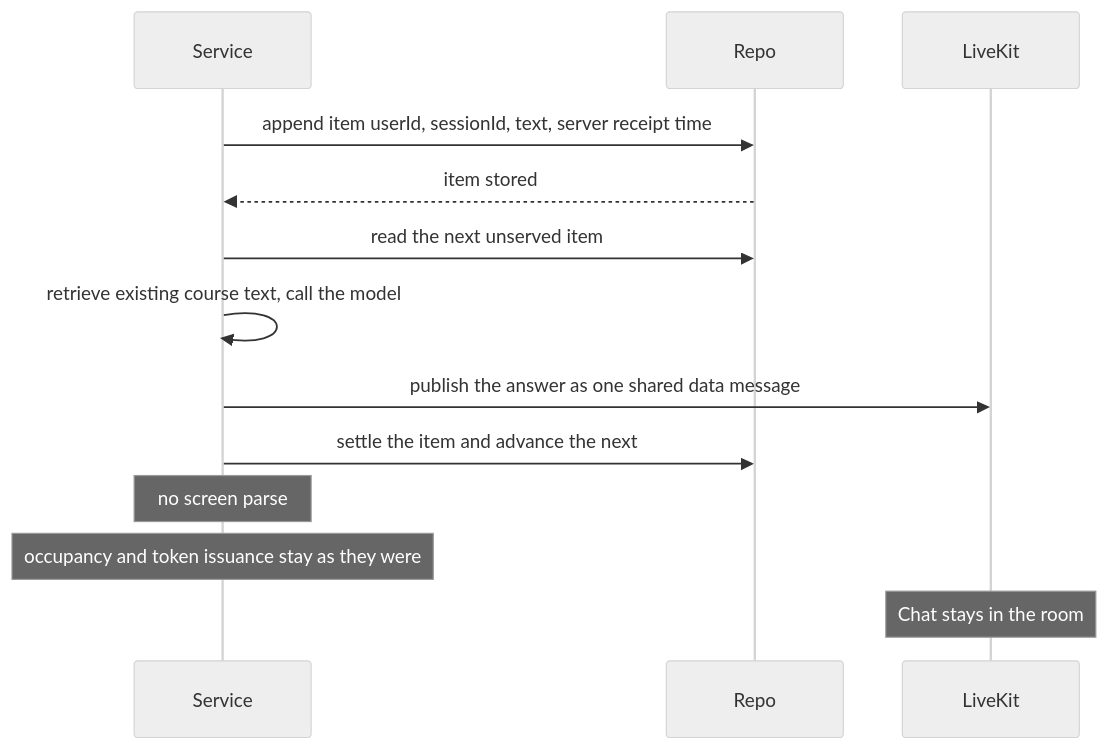
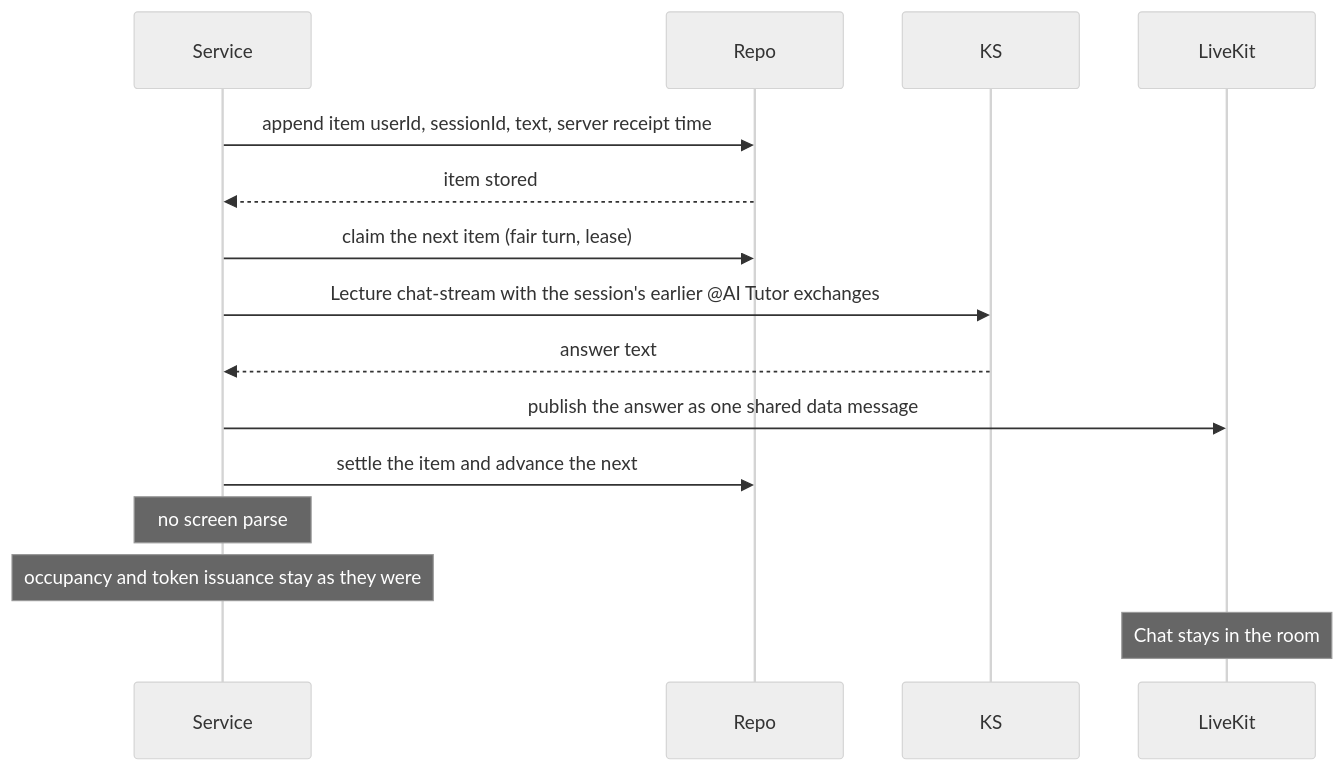
Before and after one commit to First-Light-TechHK/LearningGuidePortal: the fifth of 6 diagrams in docs/phase1/study-group/study-group-uml.md, drawn with Mermaid (neutral theme). The commit also changed other lines of this file and 7 other files, not shown here.

````diff
--- a/docs/phase1/study-group/study-group-uml.md
+++ b/docs/phase1/study-group/study-group-uml.md
@@ -194,15 +194,17 @@
 ```mermaid
 sequenceDiagram
   participant Service
   participant Repo
+  participant KS
   participant LiveKit
   Service->>Repo: append item userId, sessionId, text, server receipt time
   Repo-->>Service: item stored
-  Service->>Repo: read the next unserved item
-  Service->>Service: retrieve existing course text, call the model
+  Service->>Repo: claim the next item (fair turn, lease)
+  Service->>KS: Lecture chat-stream with the session's earlier @AI Tutor exchanges
+  KS-->>Service: answer text
   Service->>LiveKit: publish the answer as one shared data message
   Service->>Repo: settle the item and advance the next
   Note over Service: no screen parse
   Note over Service: occupancy and token issuance stay as they were
   Note over LiveKit: Chat stays in the room
 ```
````
